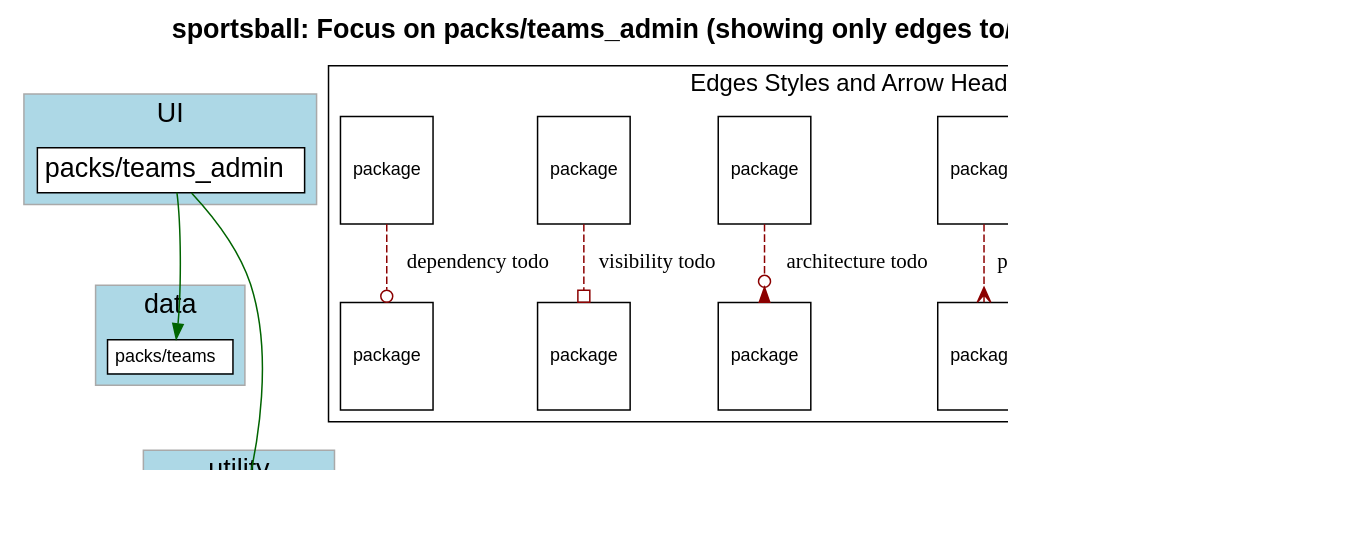
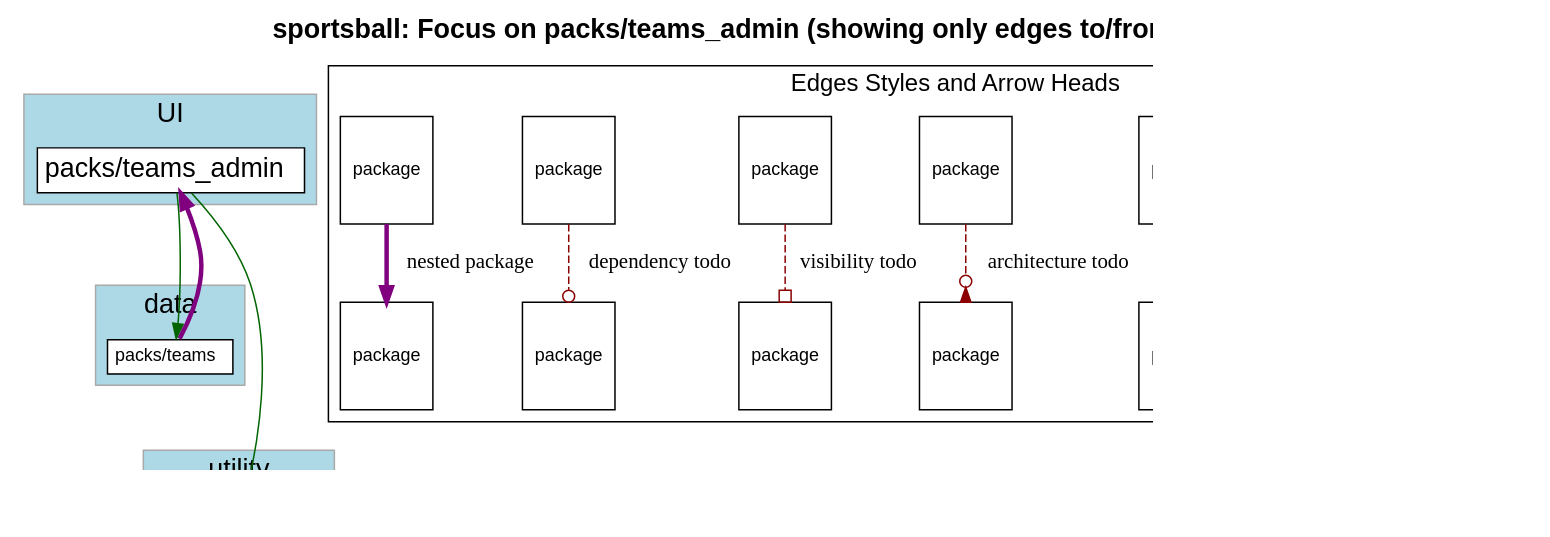
The diagram in c4s05/sportsball/diagrams/packs_teams_admin_focus.dot (shageman/package-based-rails-applications-book), drawn with Graphviz before and after one commit. The commit also changed 4697 other files, not shown here.

```diff
--- a/c4s05/sportsball/diagrams/packs_teams_admin_focus.dot
+++ b/c4s05/sportsball/diagrams/packs_teams_admin_focus.dot
@@ -1,117 +1,121 @@
 digraph package_diagram {
   rankdir=TD
   graph [
     labelloc="t"
     fontname="Helvetica,Arial,sans-serif"
     dpi=100
     layout=dot
     label=<<b>sportsball: Focus on packs/teams_admin (showing only edges to/from focus pack)</b>>
     fontsize=18
   ]
   node [
     fontname="Helvetica,Arial,sans-serif"
     fontsize=26.0
     fontcolor=black
     fillcolor=white
     color=black
     height=1.0
     style=filled
     shape=plain
   ]
     subgraph app {
       shape=box
       color=darkgrey
       fillcolor=lightblue
       style=filled
         label="app"
         cluster=true
         rank = 0    }
     subgraph UI {
       shape=box
       color=darkgrey
       fillcolor=lightblue
       style=filled
         label="UI"
         cluster=true
         rank = 1        "packs/teams_admin" [
             fontsize=18.0
             label= <
                 <table border='0' cellborder='1' cellspacing='0' cellpadding='4'>
                   <tr> <td align='left'> packs/teams_admin </td> </tr>
                 </table>
               >
           ]
         
     }
     subgraph data {
       shape=box
       color=darkgrey
       fillcolor=lightblue
       style=filled
         label="data"
         cluster=true
         rank = 2        "packs/teams" [
             fontsize=12.0
             label= <
                 <table border='0' cellborder='1' cellspacing='0' cellpadding='4'>
                   <tr> <td align='left'> packs/teams </td> </tr>
                 </table>
               >
           ]
         
     }
               "packs/teams_admin" -> "packs/teams" [ style=invis ]
     subgraph utility {
       shape=box
       color=darkgrey
       fillcolor=lightblue
       style=filled
         label="utility"
         cluster=true
         rank = 3        "packs/rails_shims" [
             fontsize=12.0
             label= <
                 <table border='0' cellborder='1' cellspacing='0' cellpadding='4'>
                   <tr> <td align='left'> packs/rails_shims </td> </tr>
                 </table>
               >
           ]
         
     }
               "packs/teams" -> "packs/rails_shims" [ style=invis ]
     subgraph NotInLayer {
       shape=box
       color=darkgrey
       fillcolor=lightblue
       style=filled
         cluster=false
     }
           "packs/teams_admin" -> "packs/rails_shims" [ color=darkgreen ]
           "packs/teams_admin" -> "packs/teams" [ color=darkgreen ]
+        "packs/teams" -> "packs/teams_admin" [ color=purple penwidth=3 ]
   subgraph cluster_legend {
     fontsize=16
     label="Edges Styles and Arrow Heads"
     A [ fontsize=12 shape=box label="package"]
     B [ fontsize=12 shape=box label="package"]
     C [ fontsize=12 shape=box label="package"]
     D [ fontsize=12 shape=box label="package"]
     E [ fontsize=12 shape=box label="package"]
     F [ fontsize=12 shape=box label="package"]
     G [ fontsize=12 shape=box label="package"]
     H [ fontsize=12 shape=box label="package"]
     I [ fontsize=12 shape=box label="package"]
     J [ fontsize=12 shape=box label="package"]
+    K [ fontsize=12 shape=box label="package"]
+    L [ fontsize=12 shape=box label="package"]
     A -> B [label="accepted dependency" color=darkgreen]
     C -> D [label="privac todo" color=darkred style=dashed arrowhead=crow]
     E -> F [label="architecture todo" color=darkred style=dashed arrowhead=invodot]
     G -> H [label="visibility todo" color=darkred style=dashed arrowhead=obox]
     I -> J [label="dependency todo" color=darkred style=dashed arrowhead=odot]
+    K -> L [label="nested package" color=purple penwidth=3]
   }
   subgraph cluster_teams_legend {
     fontsize=16
     label="Team Colors"
 
 
   }
   J -> "" [style=invis]
 }
```
